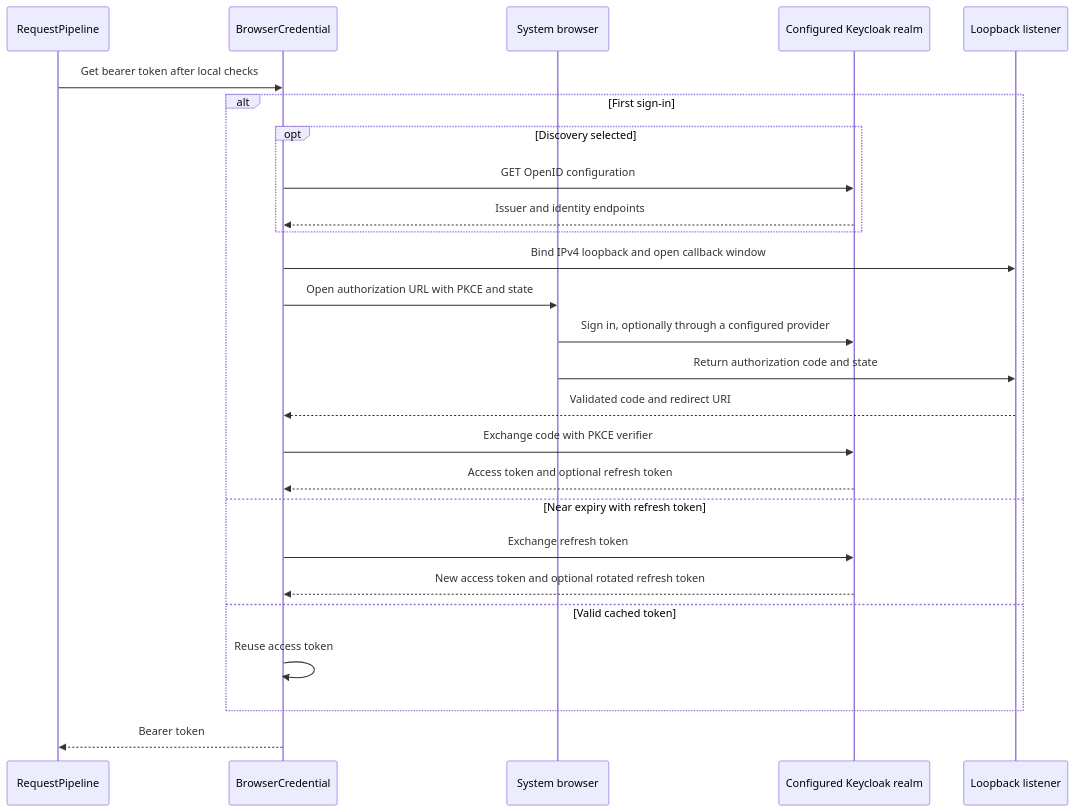
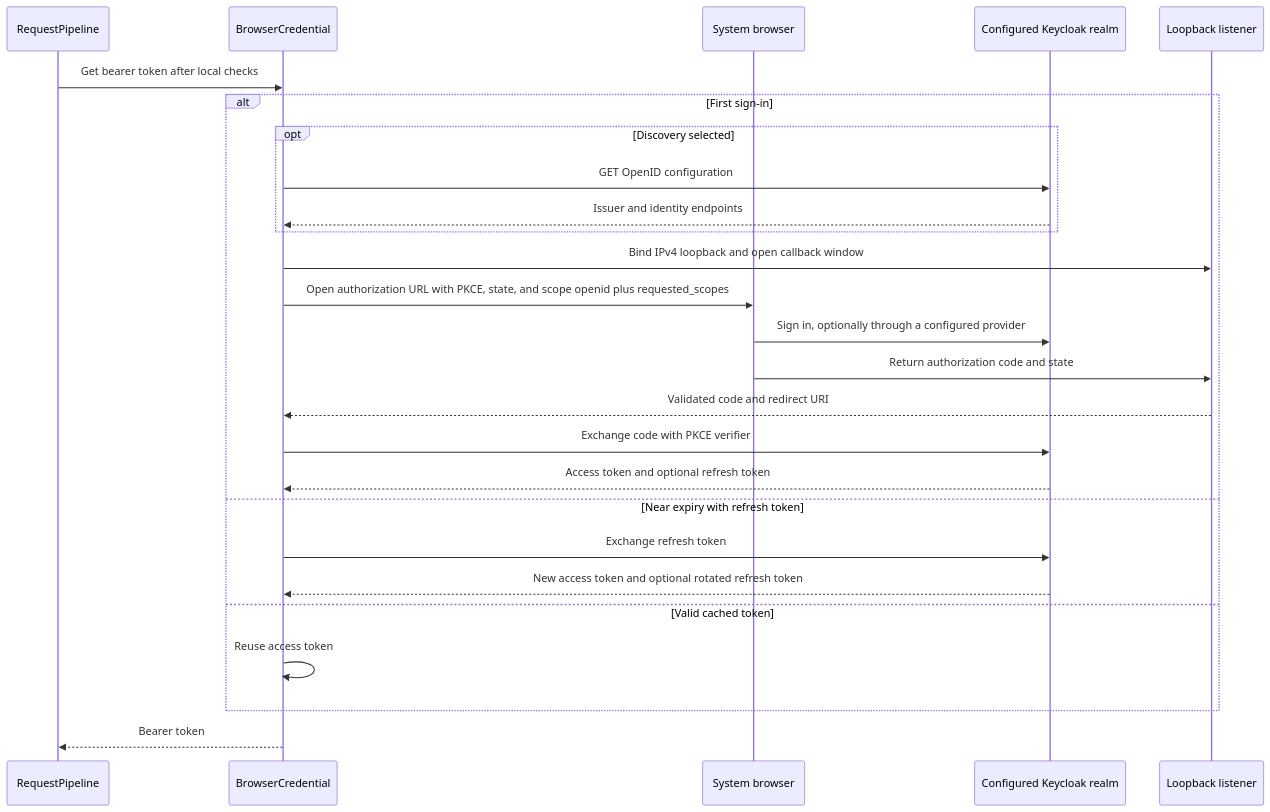
The sixth of 11 diagrams in docs/dev/identity/index.md (FAIRmat-NFDI/nomad-python-api), drawn with Mermaid before and after one commit. The commit also changed other lines of this file and 30 other files, not shown here.

First line of the commit message:
feat(identity): separate requested and enforced scopes

````diff
--- a/docs/dev/identity/index.md
+++ b/docs/dev/identity/index.md
@@ -254,29 +272,29 @@
 ```mermaid
 sequenceDiagram
     participant Pipeline as RequestPipeline
     participant Credential as BrowserCredential
     participant Browser as System browser
     participant Keycloak as Configured Keycloak realm
     participant Listener as Loopback listener
 
     Pipeline->>Credential: Get bearer token after local checks
     alt First sign-in
         opt Discovery selected
             Credential->>Keycloak: GET OpenID configuration
             Keycloak-->>Credential: Issuer and identity endpoints
         end
         Credential->>Listener: Bind IPv4 loopback and open callback window
-        Credential->>Browser: Open authorization URL with PKCE and state
+        Credential->>Browser: Open authorization URL with PKCE, state, and scope openid plus requested_scopes
         Browser->>Keycloak: Sign in, optionally through a configured provider
         Browser->>Listener: Return authorization code and state
         Listener-->>Credential: Validated code and redirect URI
         Credential->>Keycloak: Exchange code with PKCE verifier
         Keycloak-->>Credential: Access token and optional refresh token
     else Near expiry with refresh token
         Credential->>Keycloak: Exchange refresh token
         Keycloak-->>Credential: New access token and optional rotated refresh token
     else Valid cached token
         Credential->>Credential: Reuse access token
     end
     Credential-->>Pipeline: Bearer token
 ```
````
